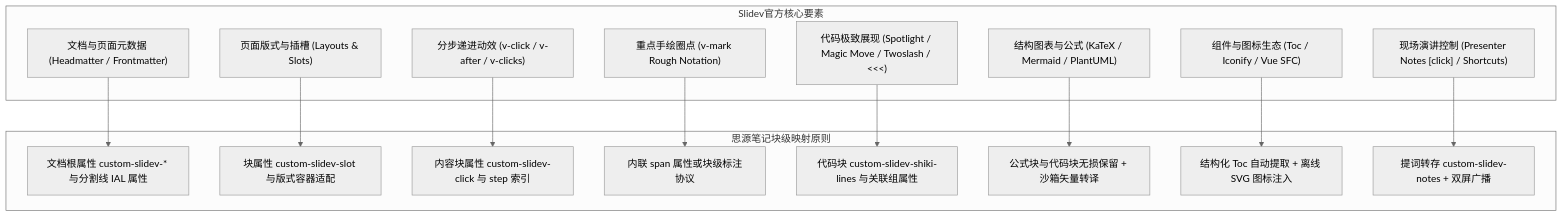
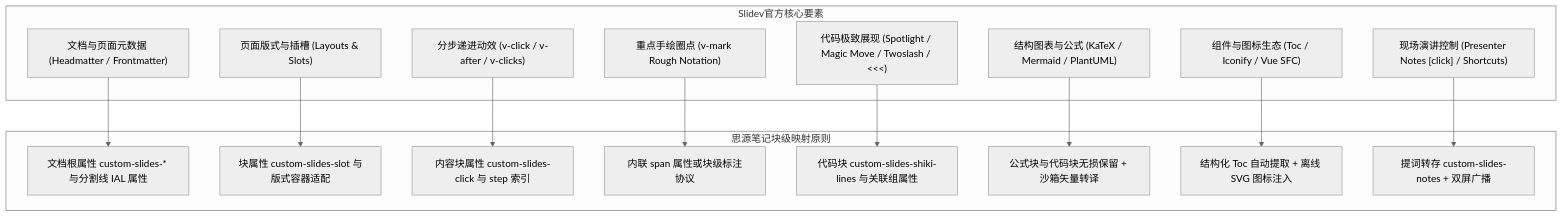
The first of 2 diagrams in docs/基于 Slidev 与 Slidev-Templates 源码生态的演示能力差距分析与高频特性集成演进指南.md (famotime/siyuan-live-slides), drawn with Mermaid (neutral theme) before and after one commit. The commit also changed other lines of this file and 175 other files, not shown here.

````diff
--- a/docs/基于 Slidev 与 Slidev-Templates 源码生态的演示能力差距分析与高频特性集成演进指南.md
+++ b/docs/基于 Slidev 与 Slidev-Templates 源码生态的演示能力差距分析与高频特性集成演进指南.md
@@ -63,33 +63,33 @@
 ```mermaid
 flowchart TD
     subgraph Slidev官方核心要素
         A1["文档与页面元数据 (Headmatter / Frontmatter)"]
         A2["页面版式与插槽 (Layouts & Slots)"]
         A3["分步递进动效 (v-click / v-after / v-clicks)"]
         A4["重点手绘圈点 (v-mark Rough Notation)"]
         A5["代码极致展现 (Spotlight / Magic Move / Twoslash / <<<)"]
         A6["结构图表与公式 (KaTeX / Mermaid / PlantUML)"]
         A7["组件与图标生态 (Toc / Iconify / Vue SFC)"]
         A8["现场演讲控制 (Presenter Notes [click] / Shortcuts)"]
     end
 
     subgraph 思源笔记块级映射原则
-        B1["文档根属性 custom-slidev-* 与分割线 IAL 属性"]
-        B2["块属性 custom-slidev-slot 与版式容器适配"]
-        B3["内容块属性 custom-slidev-click 与 step 索引"]
+        B1["文档根属性 custom-slides-* 与分割线 IAL 属性"]
+        B2["块属性 custom-slides-slot 与版式容器适配"]
+        B3["内容块属性 custom-slides-click 与 step 索引"]
         B4["内联 span 属性或块级标注协议"]
-        B5["代码块 custom-slidev-shiki-lines 与关联组属性"]
+        B5["代码块 custom-slides-shiki-lines 与关联组属性"]
         B6["公式块与代码块无损保留 + 沙箱矢量转译"]
         B7["结构化 Toc 自动提取 + 离线 SVG 图标注入"]
-        B8["提词转存 custom-slidev-notes + 双屏广播"]
+        B8["提词转存 custom-slides-notes + 双屏广播"]
     end
 
     A1 --> B1
     A2 --> B2
     A3 --> B3
     A4 --> B4
     A5 --> B5
     A6 --> B6
     A7 --> B7
     A8 --> B8
 ```
````
